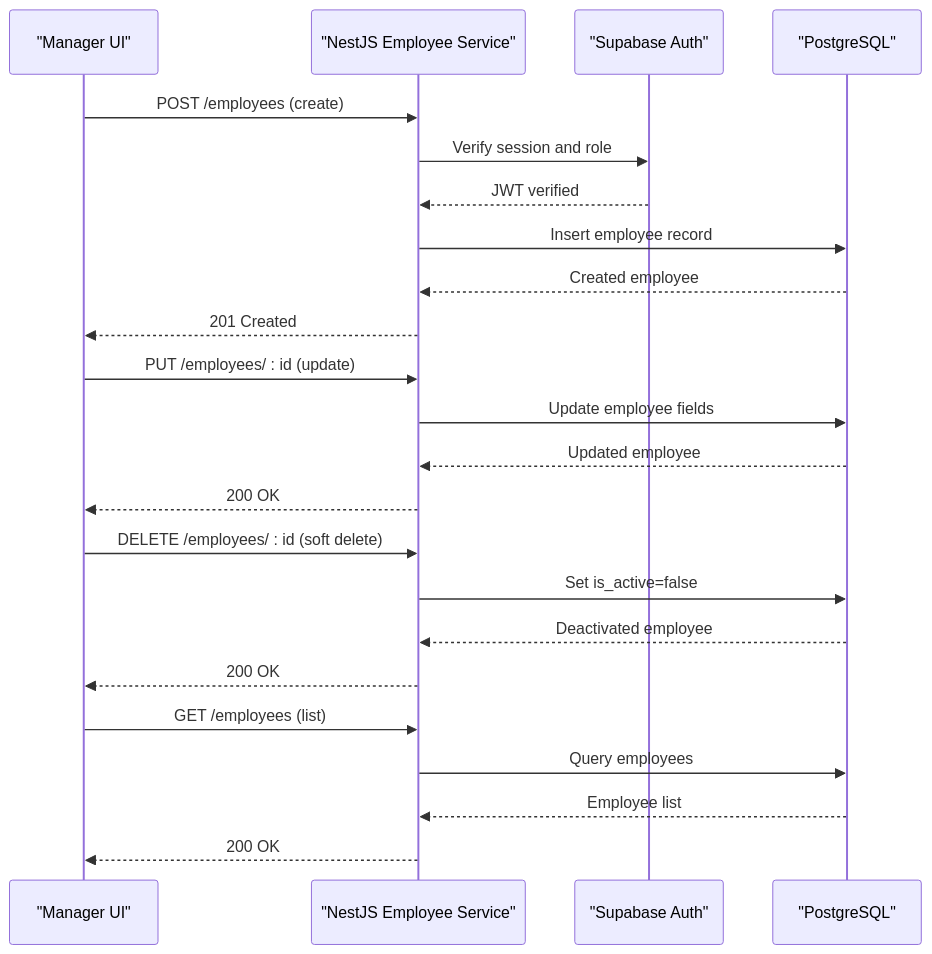
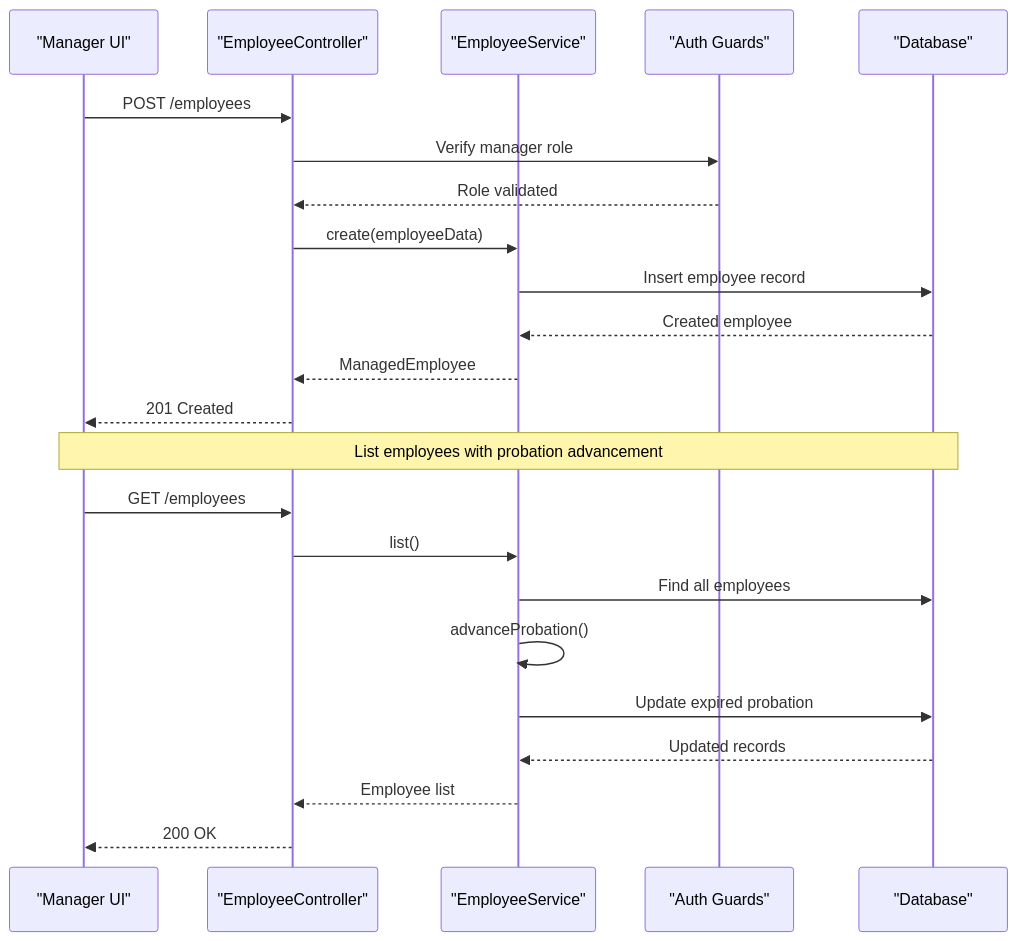
The second of 9 diagrams in .qoder/repowiki/en/content/Product Requirements Document/Functional Specifications/Employee Management Module (F2).md (epo33m/scheduling), drawn with Mermaid before and after one commit. The commit also changed other lines of this file and 2 other files, not shown here.

Commit message:
docs(repowiki): regenerate knowledge base from prior session

````diff
--- a/.qoder/repowiki/en/content/Product Requirements Document/Functional Specifications/Employee Management Module (F2).md
+++ b/.qoder/repowiki/en/content/Product Requirements Document/Functional Specifications/Employee Management Module (F2).md
@@ -90,25 +124,25 @@
 ```mermaid
 sequenceDiagram
 participant Manager as "Manager UI"
-participant API as "NestJS Employee Service"
-participant Auth as "Supabase Auth"
-participant DB as "PostgreSQL"
-Manager->>API : POST /employees (create)
-API->>Auth : Verify session and role
-Auth-->>API : JWT verified
-API->>DB : Insert employee record
-DB-->>API : Created employee
-API-->>Manager : 201 Created
-Manager->>API : PUT /employees/ : id (update)
-API->>DB : Update employee fields
-DB-->>API : Updated employee
-API-->>Manager : 200 OK
-Manager->>API : DELETE /employees/ : id (soft delete)
-API->>DB : Set is_active=false
-DB-->>API : Deactivated employee
-API-->>Manager : 200 OK
-Manager->>API : GET /employees (list)
-API->>DB : Query employees
-DB-->>API : Employee list
-API-->>Manager : 200 OK
+participant Controller as "EmployeeController"
+participant Service as "EmployeeService"
+participant Auth as "Auth Guards"
+participant DB as "Database"
+Manager->>Controller : POST /employees
+Controller->>Auth : Verify manager role
+Auth-->>Controller : Role validated
+Controller->>Service : create(employeeData)
+Service->>DB : Insert employee record
+DB-->>Service : Created employee
+Service-->>Controller : ManagedEmployee
+Controller-->>Manager : 201 Created
+Note over Manager,DB : List employees with probation advancement
+Manager->>Controller : GET /employees
+Controller->>Service : list()
+Service->>DB : Find all employees
+Service->>Service : advanceProbation()
+Service->>DB : Update expired probation
+DB-->>Service : Updated records
+Service-->>Controller : Employee list
+Controller-->>Manager : 200 OK
 ```
````
